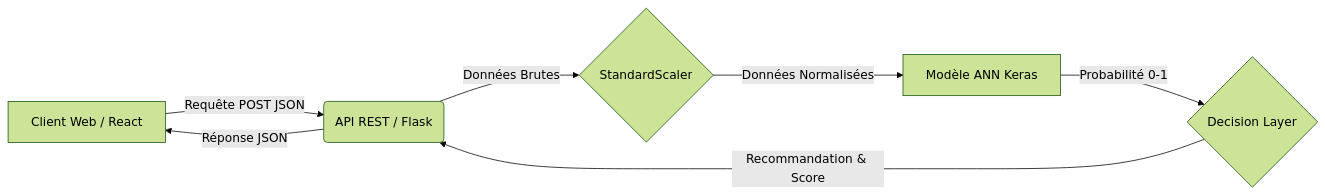
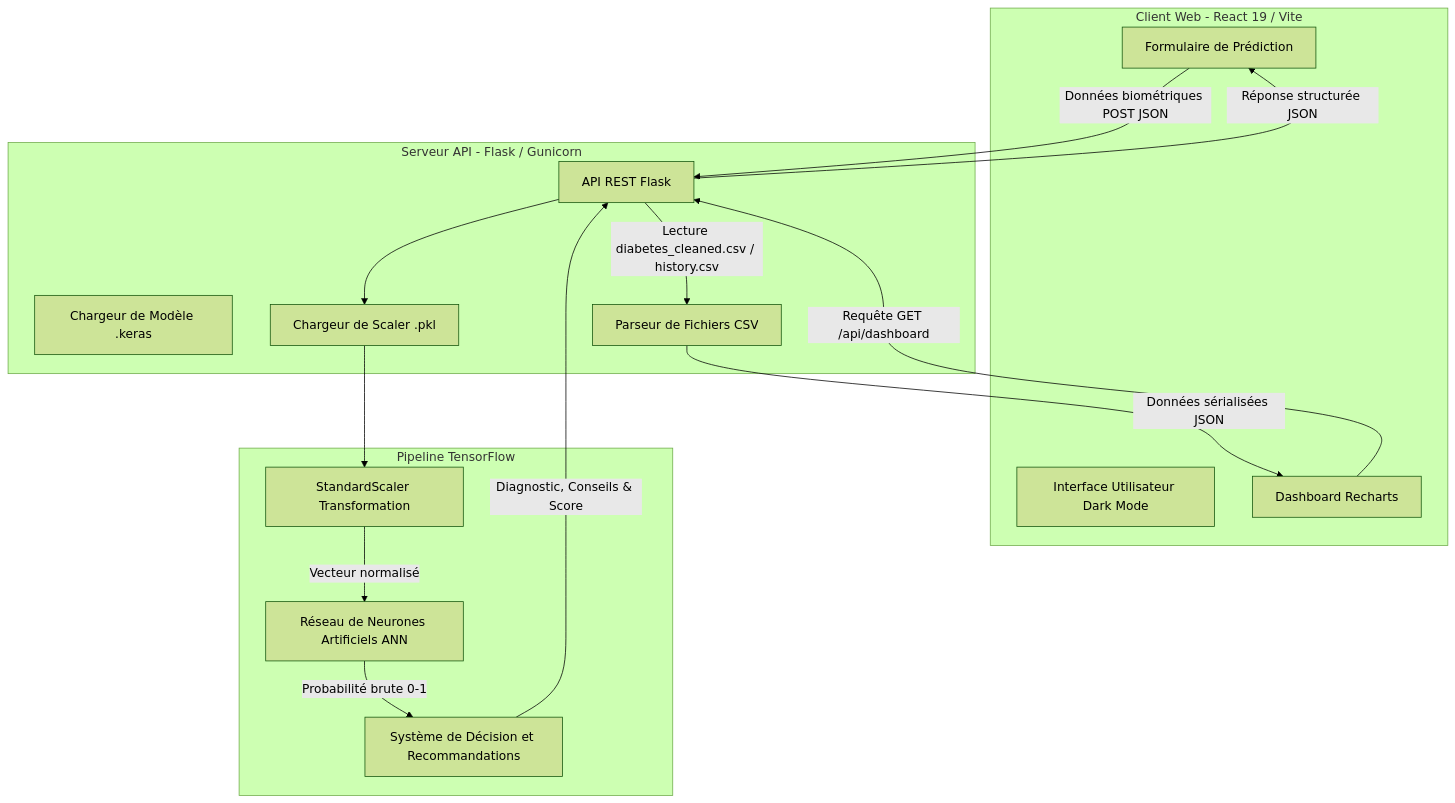
The diagram in README.md (Hardrach/systeme-intelligent-prediction-diabete), drawn with Mermaid (forest theme) before and after one commit. The commit also changed other lines of this file and 35 other files, not shown here.

Commit message:
feat: complete professional pipeline update with scaler.pkl, .keras ANN model, web scraping, and interactive recharts dashboard

````diff
--- a/README.md
+++ b/README.md
@@ -67,9 +62,32 @@
 ```mermaid
-graph LR
-    A[Client Web / React] -->|Requête POST JSON| B(API REST / Flask)
-    B -->|Données Brutes| C{StandardScaler}
-    C -->|Données Normalisées| D[Modèle ANN Keras]
-    D -->|Probabilité 0-1| E{Decision Layer}
-    E -->|Recommandation & Score| B
-    B -->|Réponse JSON| A
+graph TD
+    subgraph Frontend [Client Web - React 19 / Vite]
+        A[Interface Utilisateur Dark Mode]
+        A1[Formulaire de Prédiction]
+        A2[Dashboard Recharts]
+    end
+
+    subgraph Backend [Serveur API - Flask / Gunicorn]
+        B[API REST Flask]
+        B1[Chargeur de Modèle .keras]
+        B2[Chargeur de Scaler .pkl]
+        B3[Parseur de Fichiers CSV]
+    end
+
+    subgraph Modèle IA [Pipeline TensorFlow]
+        C[StandardScaler Transformation]
+        D[Réseau de Neurones Artificiels ANN]
+        E[Système de Décision et Recommandations]
+    end
+
+    A1 -->|Données biométriques POST JSON| B
+    B --> B2 --> C
+    C -->|Vecteur normalisé| D
+    D -->|Probabilité brute 0-1| E
+    E -->|Diagnostic, Conseils & Score| B
+    B -->|Réponse structurée JSON| A1
+
+    A2 -->|Requête GET /api/dashboard| B
+    B -->|Lecture diabetes_cleaned.csv / history.csv| B3
+    B3 -->|Données sérialisées JSON| A2
 ```
````
